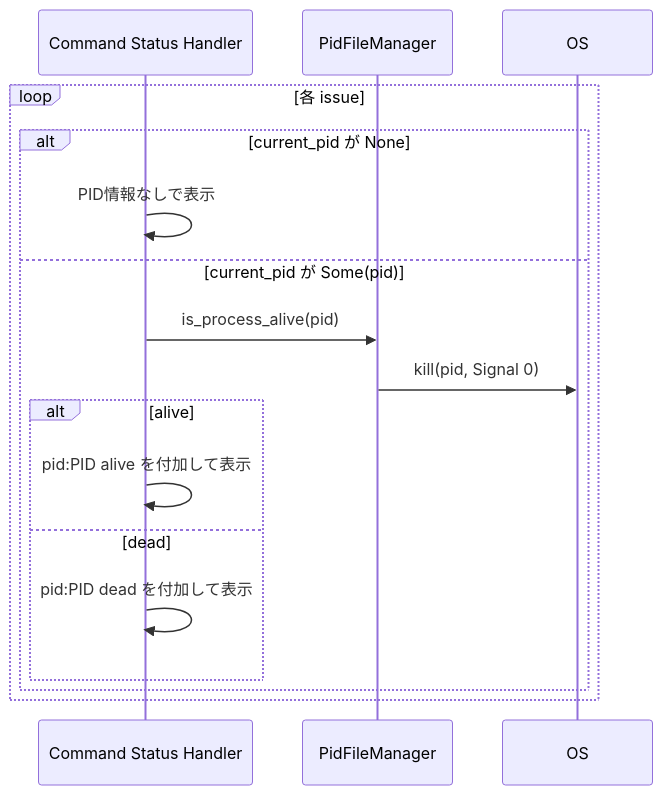
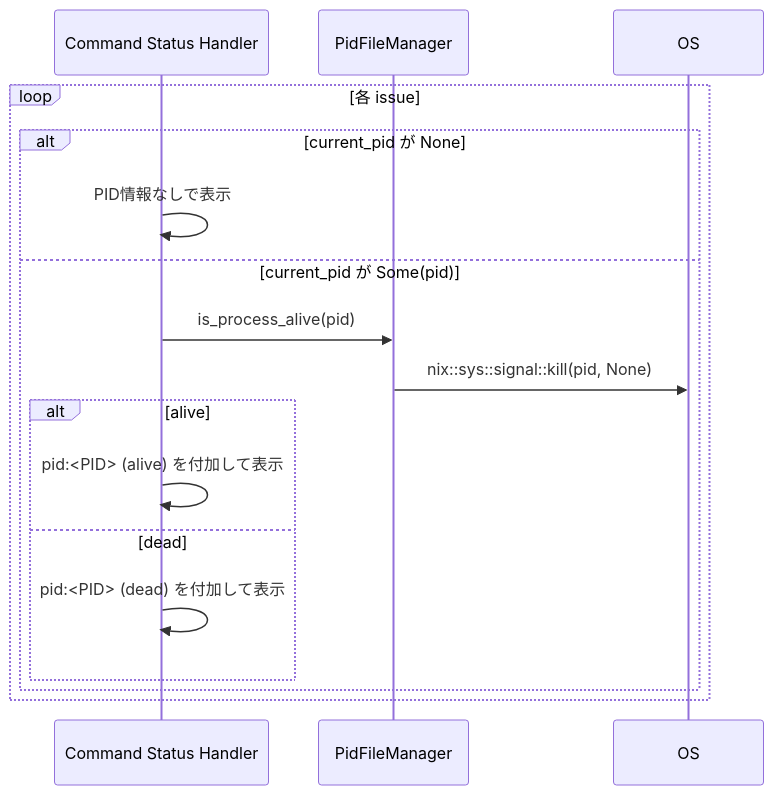
One commit to kyuki3rain/cupola changed the third of 3 diagrams in .cupola/specs/status-daemon-check/design.md. Above: the diagram before and after it, drawn with Mermaid. The commit also changed other lines of this file, not shown here.

````diff
--- a/.cupola/specs/status-daemon-check/design.md
+++ b/.cupola/specs/status-daemon-check/design.md
@@ -103,20 +103,20 @@
 ```mermaid
 sequenceDiagram
     participant Status as Command Status Handler
     participant PidMgr as PidFileManager
     participant OS as OS
 
     loop 各 issue
         alt current_pid が None
             Status->>Status: PID情報なしで表示
         else current_pid が Some(pid)
             Status->>PidMgr: is_process_alive(pid)
-            PidMgr->>OS: kill(pid, Signal 0)
+            PidMgr->>OS: nix::sys::signal::kill(pid, None)
             alt alive
-                Status->>Status: pid:PID alive を付加して表示
+                Status->>Status: pid:<PID> (alive) を付加して表示
             else dead
-                Status->>Status: pid:PID dead を付加して表示
+                Status->>Status: pid:<PID> (dead) を付加して表示
             end
         end
     end
 ```
````
